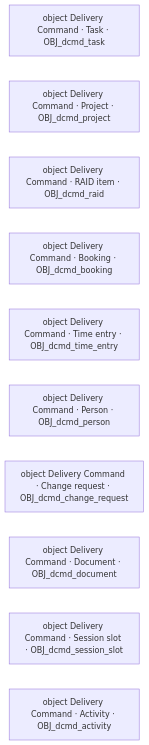
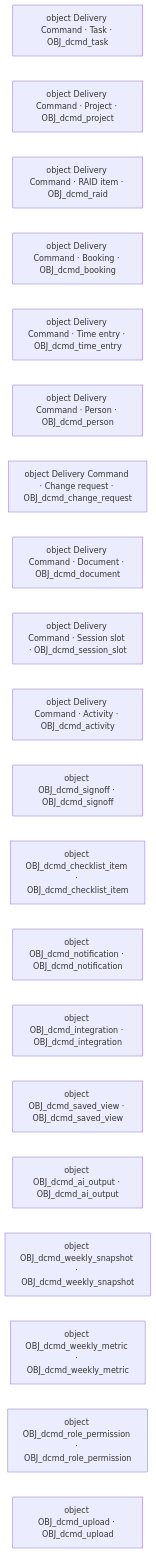
Before and after one commit to gouravUnifyapps/all-demo-foders: the diagram in clickup/clickup-delivery-command-platform/.nebula/solution-chart.md, drawn with Mermaid. The commit also changed 13 other files, not shown here.

````diff
--- a/clickup/clickup-delivery-command-platform/.nebula/solution-chart.md
+++ b/clickup/clickup-delivery-command-platform/.nebula/solution-chart.md
@@ -3,13 +3,23 @@
 ```mermaid
 flowchart LR
   n1["object Delivery Command · Task · OBJ_dcmd_task"]
   n2["object Delivery Command · Project · OBJ_dcmd_project"]
   n3["object Delivery Command · RAID item · OBJ_dcmd_raid"]
   n4["object Delivery Command · Booking · OBJ_dcmd_booking"]
   n5["object Delivery Command · Time entry · OBJ_dcmd_time_entry"]
   n6["object Delivery Command · Person · OBJ_dcmd_person"]
   n7["object Delivery Command · Change request · OBJ_dcmd_change_request"]
   n8["object Delivery Command · Document · OBJ_dcmd_document"]
   n9["object Delivery Command · Session slot · OBJ_dcmd_session_slot"]
   n10["object Delivery Command · Activity · OBJ_dcmd_activity"]
+  n11["object OBJ_dcmd_signoff · OBJ_dcmd_signoff"]
+  n12["object OBJ_dcmd_checklist_item · OBJ_dcmd_checklist_item"]
+  n13["object OBJ_dcmd_notification · OBJ_dcmd_notification"]
+  n14["object OBJ_dcmd_integration · OBJ_dcmd_integration"]
+  n15["object OBJ_dcmd_saved_view · OBJ_dcmd_saved_view"]
+  n16["object OBJ_dcmd_ai_output · OBJ_dcmd_ai_output"]
+  n17["object OBJ_dcmd_weekly_snapshot · OBJ_dcmd_weekly_snapshot"]
+  n18["object OBJ_dcmd_weekly_metric · OBJ_dcmd_weekly_metric"]
+  n19["object OBJ_dcmd_role_permission · OBJ_dcmd_role_permission"]
+  n20["object OBJ_dcmd_upload · OBJ_dcmd_upload"]
 ```
````
